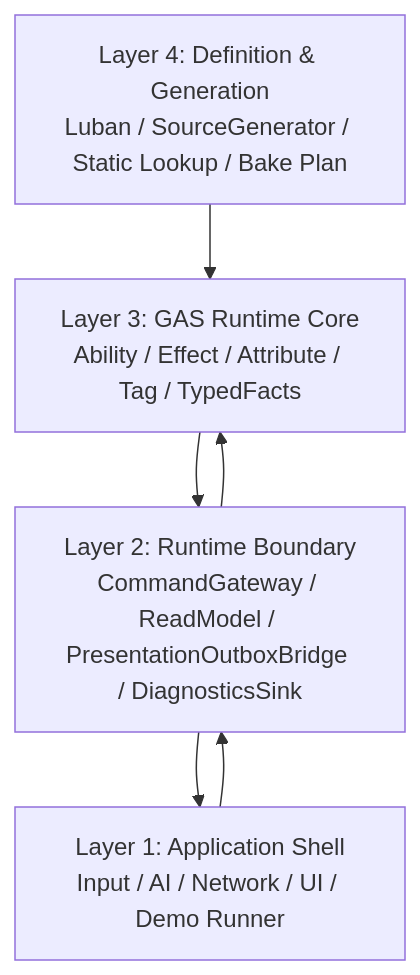
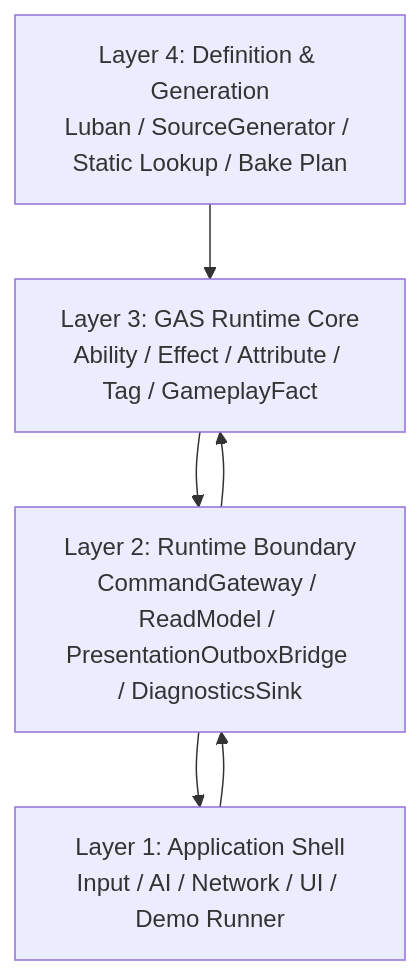
One commit to Bo-ki/gameplay-ability-system-for-unity changed the diagram in 方案讨论/针对2.0的ECS架构的迭代方案讨论/01-目标态架构共识/00-总览Spec.md. Above: the diagram before and after it, drawn with Mermaid. The commit also changed other lines of this file and 455 other files, not shown here.

Commit message:
runtime: 重构 GAS Runtime Core DOTS 架构

````diff
--- a/方案讨论/针对2.0的ECS架构的迭代方案讨论/01-目标态架构共识/00-总览Spec.md
+++ b/方案讨论/针对2.0的ECS架构的迭代方案讨论/01-目标态架构共识/00-总览Spec.md
@@ -13,8 +13,8 @@
 ```mermaid
 flowchart TD
-    Definition["Layer 4: Definition & Generation\nLuban / SourceGenerator / Static Lookup / Bake Plan"] --> Core["Layer 3: GAS Runtime Core\nAbility / Effect / Attribute / Tag / TypedFacts"]
+    Definition["Layer 4: Definition & Generation\nLuban / SourceGenerator / Static Lookup / Bake Plan"] --> Core["Layer 3: GAS Runtime Core\nAbility / Effect / Attribute / Tag / GameplayFact"]
     Shell["Layer 1: Application Shell\nInput / AI / Network / UI / Demo Runner"] --> Boundary["Layer 2: Runtime Boundary\nCommandGateway / ReadModel / PresentationOutboxBridge / DiagnosticsSink"]
     Boundary --> Core
     Core --> Boundary
     Boundary --> Shell
 ```
````
